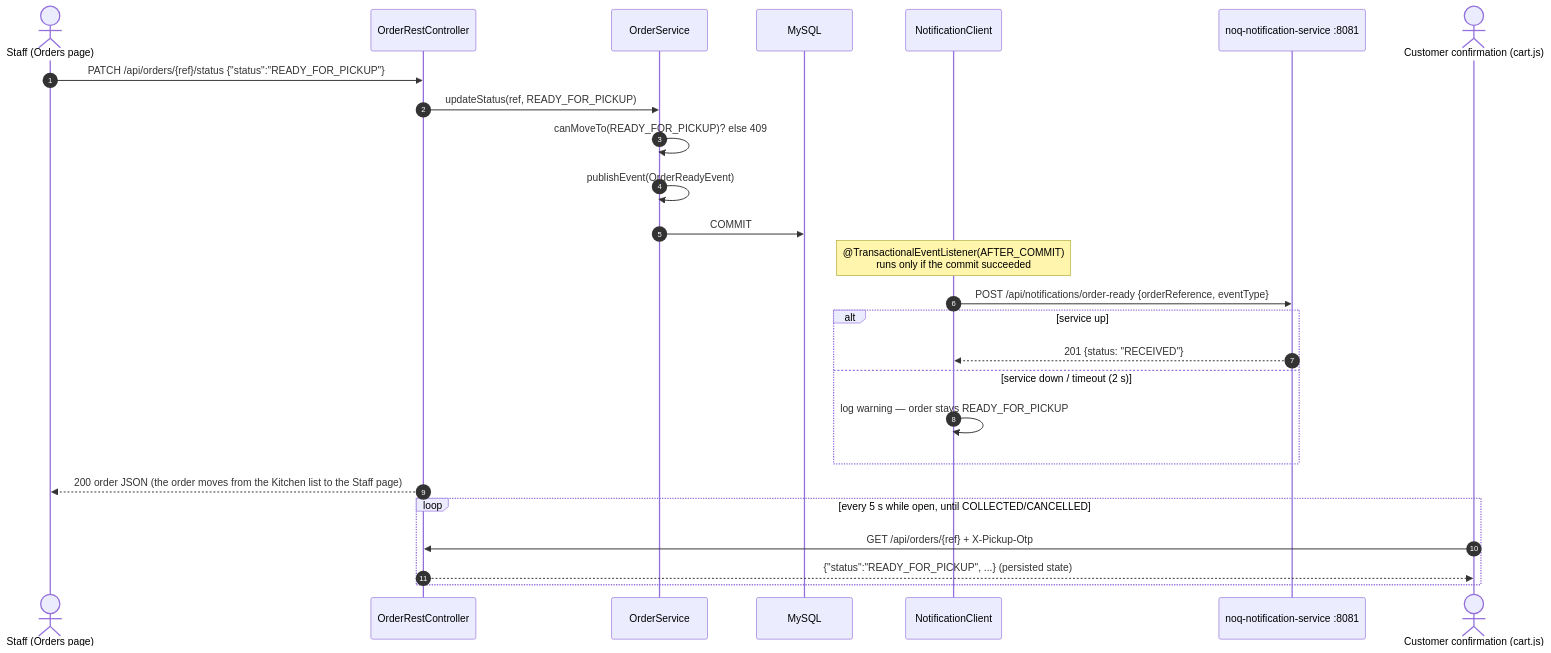
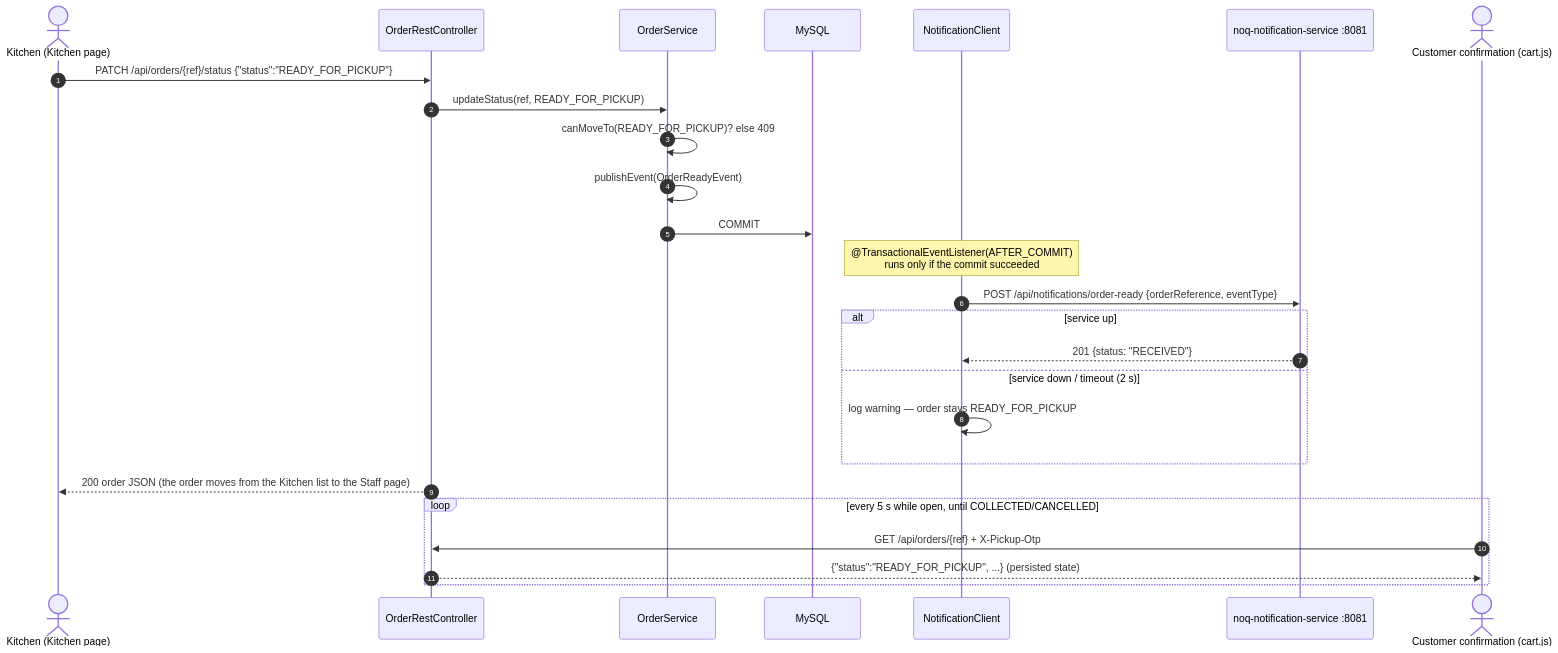
Before and after one commit to Arun-N-M-07/NoQ: the sixth of 7 diagrams in docs/ARCHITECTURE.md, drawn with Mermaid. The commit also changed other lines of this file and 55 other files, not shown here.

````diff
--- a/docs/ARCHITECTURE.md
+++ b/docs/ARCHITECTURE.md
@@ -229,29 +231,29 @@
 ```mermaid
 sequenceDiagram
     autonumber
-    actor K as Staff (Orders page)
+    actor K as Kitchen (Kitchen page)
     participant RC as OrderRestController
     participant OS as OrderService
     participant DB as MySQL
     participant NC as NotificationClient
     participant NS as noq-notification-service :8081
 
     K->>RC: PATCH /api/orders/{ref}/status {"status":"READY_FOR_PICKUP"}
     RC->>OS: updateStatus(ref, READY_FOR_PICKUP)
     OS->>OS: canMoveTo(READY_FOR_PICKUP)? else 409
     OS->>OS: publishEvent(OrderReadyEvent)
     OS->>DB: COMMIT
     Note over NC: @TransactionalEventListener(AFTER_COMMIT)<br/>runs only if the commit succeeded
     NC->>NS: POST /api/notifications/order-ready {orderReference, eventType}
     alt service up
         NS-->>NC: 201 {status: "RECEIVED"}
     else service down / timeout (2 s)
         NC->>NC: log warning — order stays READY_FOR_PICKUP
     end
     RC-->>K: 200 order JSON (the order moves from the Kitchen list to the Staff page)
     actor C as Customer confirmation (cart.js)
     loop every 5 s while open, until COLLECTED/CANCELLED
         C->>RC: GET /api/orders/{ref} + X-Pickup-Otp
         RC-->>C: {"status":"READY_FOR_PICKUP", ...} (persisted state)
     end
 ```
````
